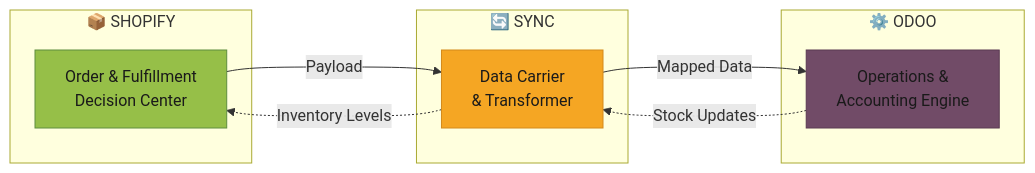
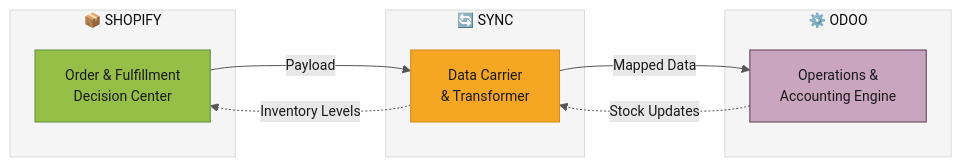
Before and after one commit to ozan-droid/documents: the first of 11 diagrams in shopify-sync-odoo-scenarios.md, drawn with Mermaid. The commit also changed other lines of this file, not shown here.

````diff
--- a/shopify-sync-odoo-scenarios.md
+++ b/shopify-sync-odoo-scenarios.md
@@ -28,21 +28,22 @@
 ```mermaid
+%%{init: {'theme': 'base', 'themeVariables': {'primaryColor': '#e8e8e8', 'primaryTextColor': '#1a1a1a', 'lineColor': '#555', 'textColor': '#1a1a1a', 'fontSize': '14px'}}}%%
 graph LR
     subgraph "📦 SHOPIFY"
         S["Order & Fulfillment\nDecision Center"]
     end
     subgraph "🔄 SYNC"
         Y["Data Carrier\n& Transformer"]
     end
     subgraph "⚙️ ODOO"
         O["Operations &\nAccounting Engine"]
     end
 
     S -->|"Payload"| Y
     Y -->|"Mapped Data"| O
     O -.->|"Stock Updates"| Y
     Y -.->|"Inventory Levels"| S
 
     style S fill:#96bf48,stroke:#5e8e3e,color:#1a1a1a
     style Y fill:#f5a623,stroke:#d4891a,color:#1a1a1a
-    style O fill:#714b67,stroke:#5a3a52,color:#1a1a1a
+    style O fill:#c9a5c0,stroke:#5a3a52,color:#1a1a1a
 ```
````
